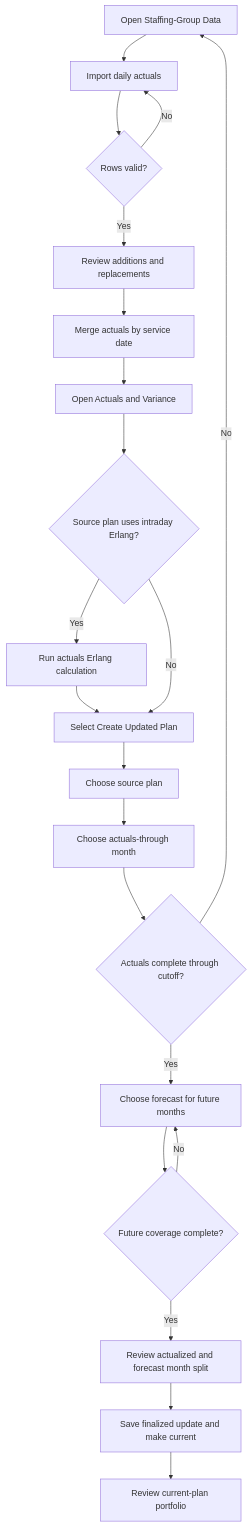
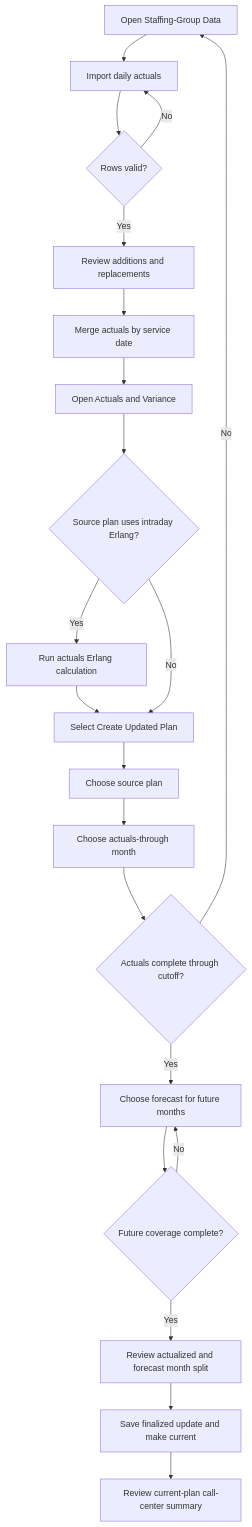
Before and after one commit to kanderson1221/wfmtoolkit: the sixth of 7 diagrams in specs/design/SCREEN-WORKFLOWS.md, drawn with Mermaid. The commit also changed other lines of this file and 30 other files, not shown here.

Commit message:
Replace portfolio home with call center directory

````diff
--- a/specs/design/SCREEN-WORKFLOWS.md
+++ b/specs/design/SCREEN-WORKFLOWS.md
@@ -241,31 +241,31 @@
 ```mermaid
 flowchart TD
     Data["Open Staffing-Group Data"]
     Import["Import daily actuals"]
     Validate{"Rows valid?"}
     Merge["Review additions and replacements"]
     Save["Merge actuals by service date"]
     Compare["Open Actuals and Variance"]
     Intraday{"Source plan uses intraday Erlang?"}
     RunActuals["Run actuals Erlang calculation"]
     CreateUpdate["Select Create Updated Plan"]
     Source["Choose source plan"]
     Cutoff["Choose actuals-through month"]
     Complete{"Actuals complete through cutoff?"}
     Future["Choose forecast for future months"]
     Coverage{"Future coverage complete?"}
     Preview["Review actualized and forecast month split"]
     SaveUpdate["Save finalized update and make current"]
-    Portfolio["Review current-plan portfolio"]
+    Portfolio["Review current-plan call-center summary"]
 
     Data --> Import --> Validate
     Validate -- No --> Import
     Validate -- Yes --> Merge --> Save --> Compare --> Intraday
     Intraday -- Yes --> RunActuals --> CreateUpdate
     Intraday -- No --> CreateUpdate
     CreateUpdate --> Source --> Cutoff --> Complete
     Complete -- No --> Data
     Complete -- Yes --> Future --> Coverage
     Coverage -- No --> Future
     Coverage -- Yes --> Preview --> SaveUpdate --> Portfolio
 ```
````
